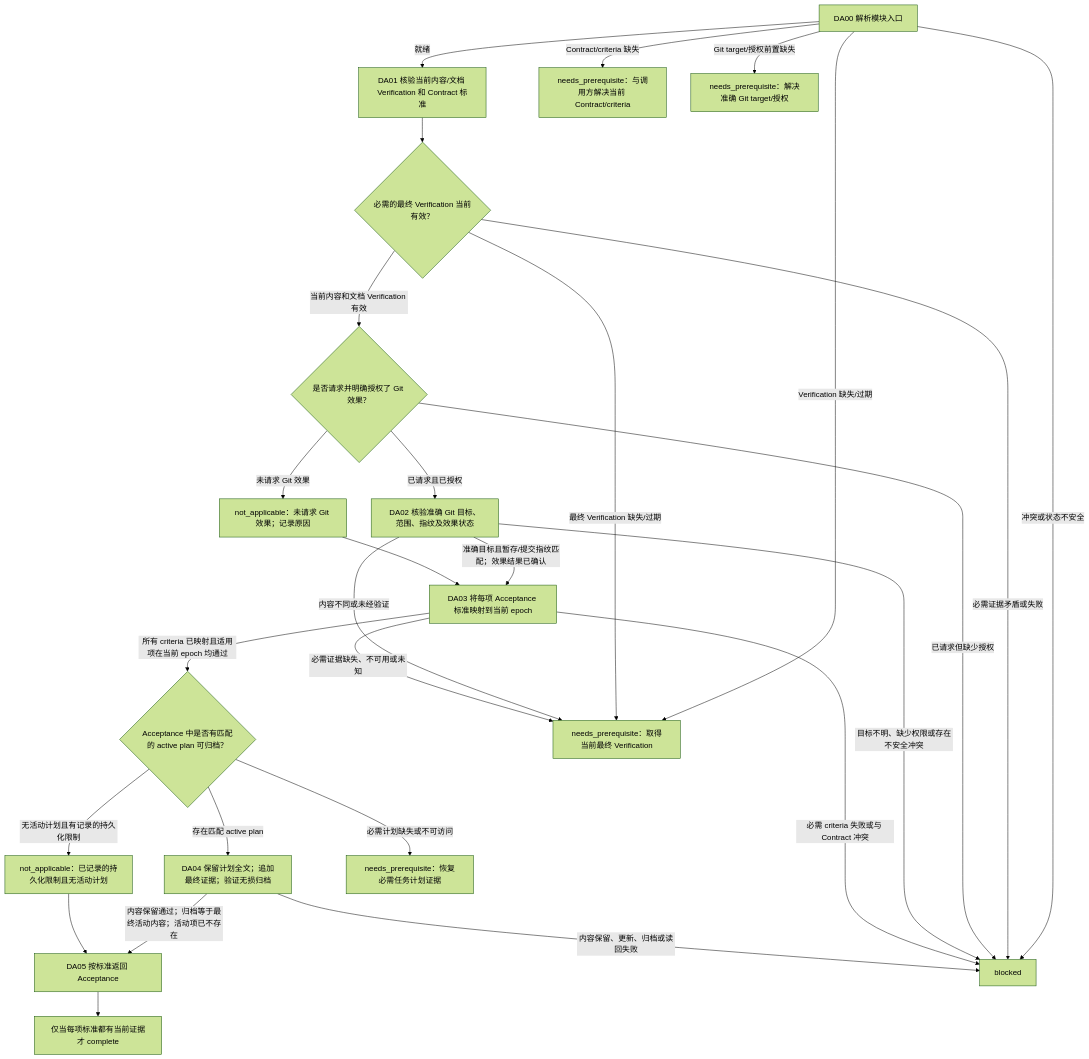
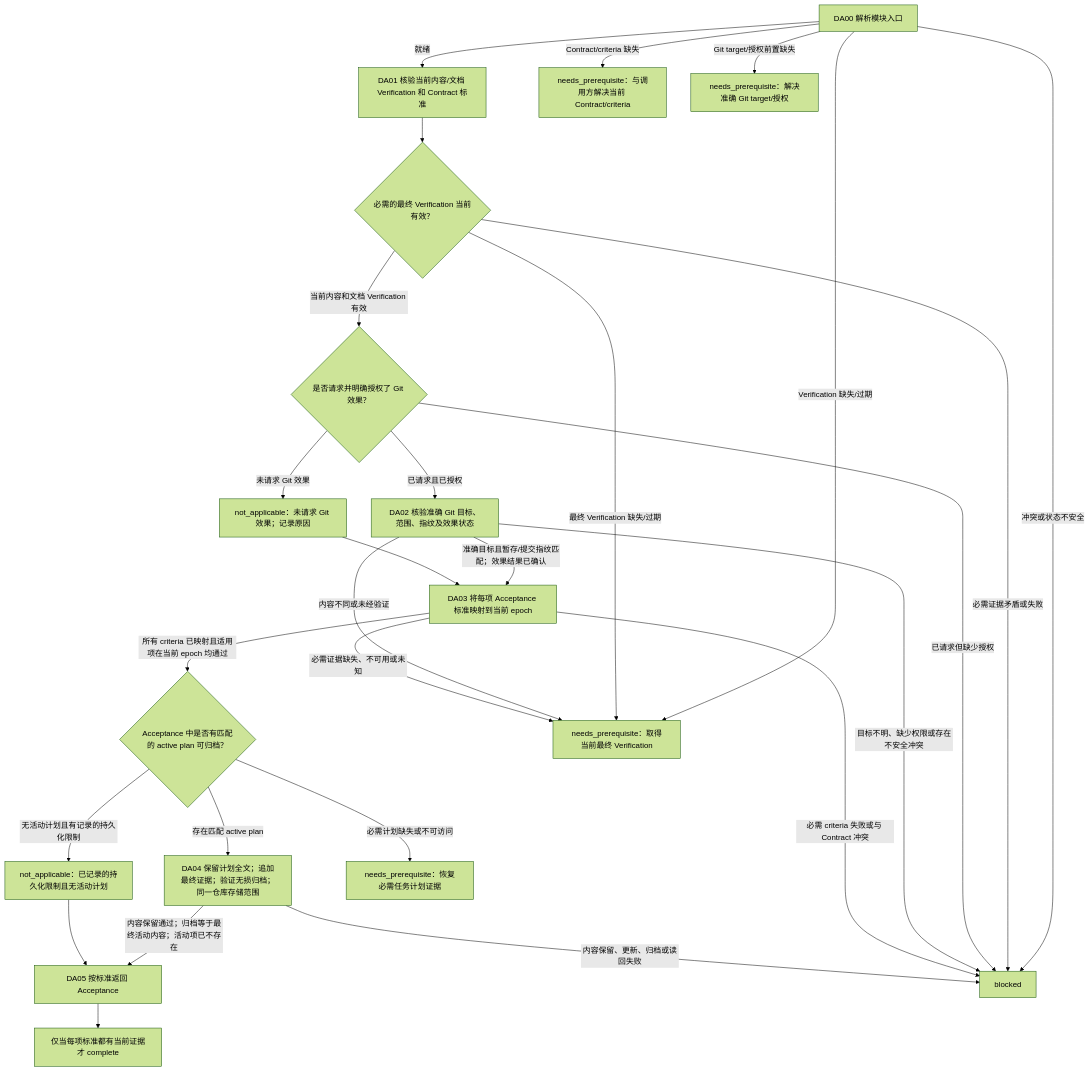
One commit to john-z-huang/token-io-decoupling changed the diagram in references/coding/layer-04-workflows/modules/delivery-acceptance_zh_cn.md. Above: the diagram before and after it, drawn with Mermaid (forest theme). The commit also changed other lines of this file and 29 other files, not shown here.

````diff
--- a/references/coding/layer-04-workflows/modules/delivery-acceptance_zh_cn.md
+++ b/references/coding/layer-04-workflows/modules/delivery-acceptance_zh_cn.md
@@ -19,46 +19,46 @@
 ```mermaid
 flowchart TD
     DA00["DA00 解析模块入口"]
     DA01["DA01 核验当前内容/文档 Verification 和 Contract 标准"]
     D_VERIFIED{"必需的最终 Verification 当前有效？"}
     D_GIT{"是否请求并明确授权了 Git 效果？"}
     DA02["DA02 核验准确 Git 目标、范围、指纹及效果状态"]
     DA03["DA03 将每项 Acceptance 标准映射到当前 epoch"]
     D_PLAN{"Acceptance 中是否有匹配的 active plan 可归档？"}
-    DA04["DA04 保留计划全文；追加最终证据；验证无损归档"]
+    DA04["DA04 保留计划全文；追加最终证据；验证无损归档；同一仓库存储范围"]
     DA05["DA05 按标准返回 Acceptance"]
     DA_DONE["仅当每项标准都有当前证据才 complete"]
     DA_GIT_NA["not_applicable：未请求 Git 效果；记录原因"]
     DA_PLAN_NA["not_applicable：已记录的持久化限制且无活动计划"]
     DA_NEEDS_PLAN["needs_prerequisite：恢复必需任务计划证据"]
     DA_NEEDS_VERIFICATION["needs_prerequisite：取得当前最终 Verification"]
     DA_NEEDS_CONTRACT["needs_prerequisite：与调用方解决当前 Contract/criteria"]
     DA_NEEDS_GIT["needs_prerequisite：解决准确 Git target/授权"]
     DA_BLOCK["blocked"]
     DA00 -- 就绪 --> DA01
     DA00 -- Contract/criteria 缺失 --> DA_NEEDS_CONTRACT
     DA00 -- Verification 缺失/过期 --> DA_NEEDS_VERIFICATION
     DA00 -- Git target/授权前置缺失 --> DA_NEEDS_GIT
     DA00 -- 冲突或状态不安全 --> DA_BLOCK
     DA01 --> D_VERIFIED
     D_VERIFIED -- 当前内容和文档 Verification 有效 --> D_GIT
     D_VERIFIED -- 最终 Verification 缺失/过期 --> DA_NEEDS_VERIFICATION
     D_VERIFIED -- 必需证据矛盾或失败 --> DA_BLOCK
     D_GIT -- 已请求且已授权 --> DA02
     D_GIT -- 未请求 Git 效果 --> DA_GIT_NA
     D_GIT -- 已请求但缺少授权 --> DA_BLOCK
     DA02 -- 准确目标且暂存/提交指纹匹配；效果结果已确认 --> DA03
     DA02 -- 内容不同或未经验证 --> DA_NEEDS_VERIFICATION
     DA02 -- 目标不明、缺少权限或存在不安全冲突 --> DA_BLOCK
     DA_GIT_NA --> DA03
     DA03 -- 所有 criteria 已映射且适用项在当前 epoch 均通过 --> D_PLAN
     DA03 -- 必需证据缺失、不可用或未知 --> DA_NEEDS_VERIFICATION
     DA03 -- 必需 criteria 失败或与 Contract 冲突 --> DA_BLOCK
     D_PLAN -- 存在匹配 active plan --> DA04
     D_PLAN -- 无活动计划且有记录的持久化限制 --> DA_PLAN_NA
     D_PLAN -- 必需计划缺失或不可访问 --> DA_NEEDS_PLAN
     DA04 -- 内容保留通过；归档等于最终活动内容；活动项已不存在 --> DA05
     DA04 -- 内容保留、更新、归档或读回失败 --> DA_BLOCK
     DA_PLAN_NA --> DA05
     DA05 --> DA_DONE
 ```
````
